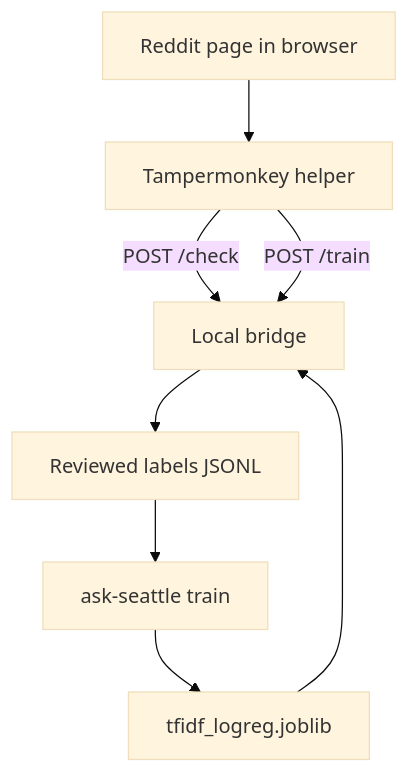
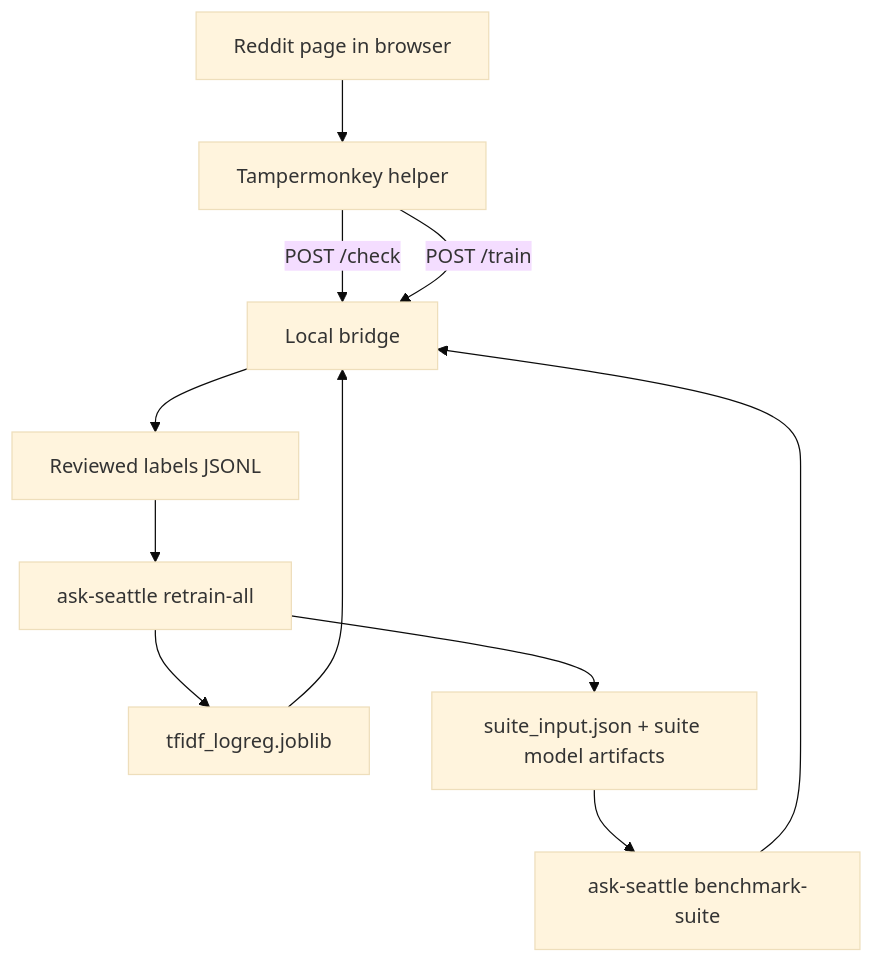
The diagram in docs/architecture.md (sayhiben/ask-seattle), drawn with Mermaid (base theme) before and after one commit. The commit also changed other lines of this file and 28 other files, not shown here.

````diff
--- a/docs/architecture.md
+++ b/docs/architecture.md
@@ -25,10 +29,13 @@
 ```mermaid
 flowchart TD
     A["Reddit page in browser"] --> B["Tampermonkey helper"]
     B -->|"POST /check"| C["Local bridge"]
     B -->|"POST /train"| C
     C --> D["Reviewed labels JSONL"]
-    D --> E["ask-seattle train"]
+    D --> E["ask-seattle retrain-all"]
     E --> F["tfidf_logreg.joblib"]
     F --> C
+    E --> G["suite_input.json + suite model artifacts"]
+    G --> H["ask-seattle benchmark-suite"]
+    H --> C
 ```
````
